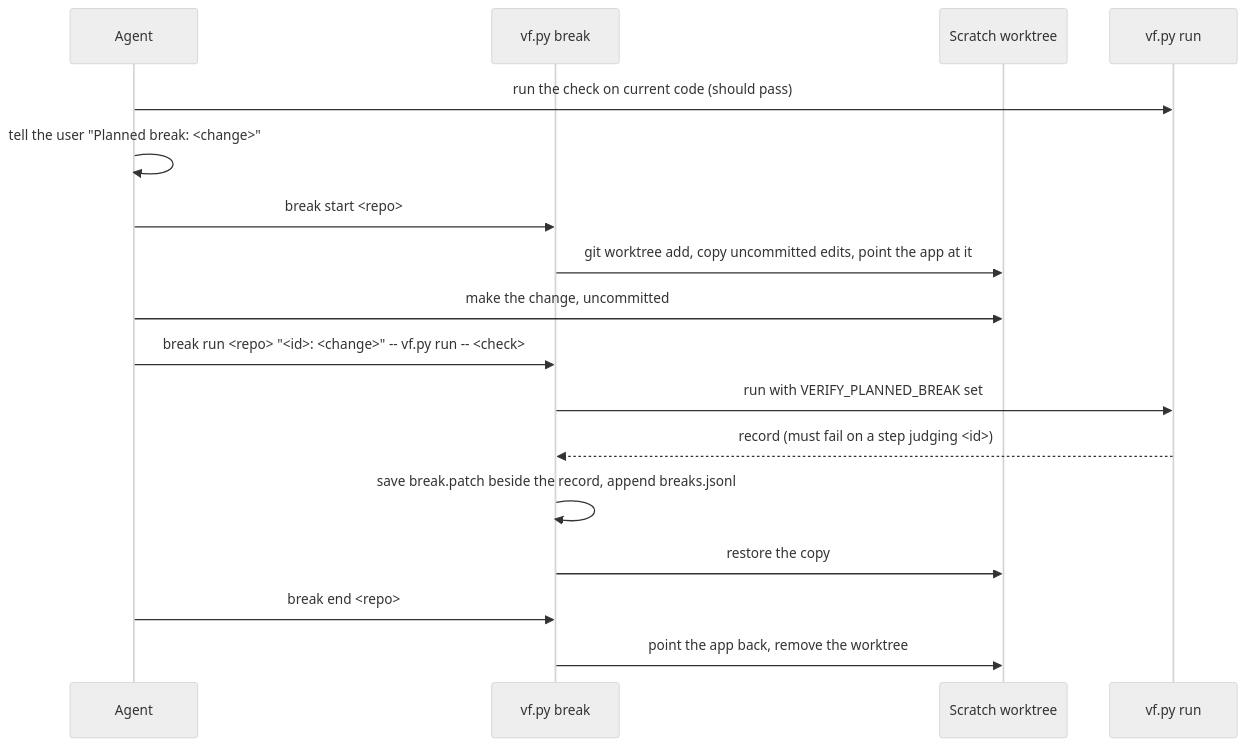
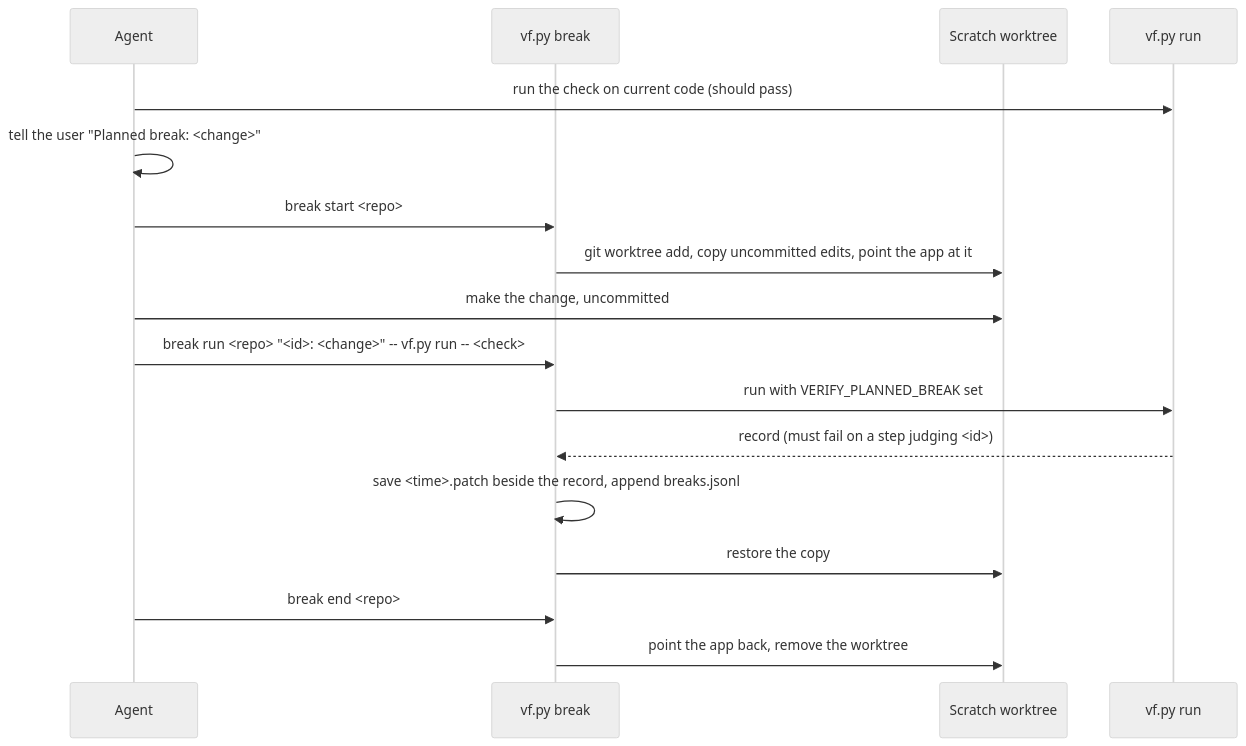
One commit to kennymatsudo/verification-framework changed the second of 2 diagrams in docs/internals.md. Above: the diagram before and after it, drawn with Mermaid (neutral theme). The commit also changed other lines of this file and 17 other files, not shown here.

First line of the commit message:
Record a break's repo and keep its edit beside the record

````diff
--- a/docs/internals.md
+++ b/docs/internals.md
@@ -309,19 +311,19 @@
 ```mermaid
 sequenceDiagram
   participant A as Agent
   participant B as vf.py break
   participant W as Scratch worktree
   participant R as vf.py run
   A->>R: run the check on current code (should pass)
   A->>A: tell the user "Planned break: <change>"
   A->>B: break start <repo>
   B->>W: git worktree add, copy uncommitted edits, point the app at it
   A->>W: make the change, uncommitted
   A->>B: break run <repo> "<id>: <change>" -- vf.py run -- <check>
   B->>R: run with VERIFY_PLANNED_BREAK set
   R-->>B: record (must fail on a step judging <id>)
-  B->>B: save break.patch beside the record, append breaks.jsonl
+  B->>B: save <time>.patch beside the record, append breaks.jsonl
   B->>W: restore the copy
   A->>B: break end <repo>
   B->>W: point the app back, remove the worktree
 ```
````
